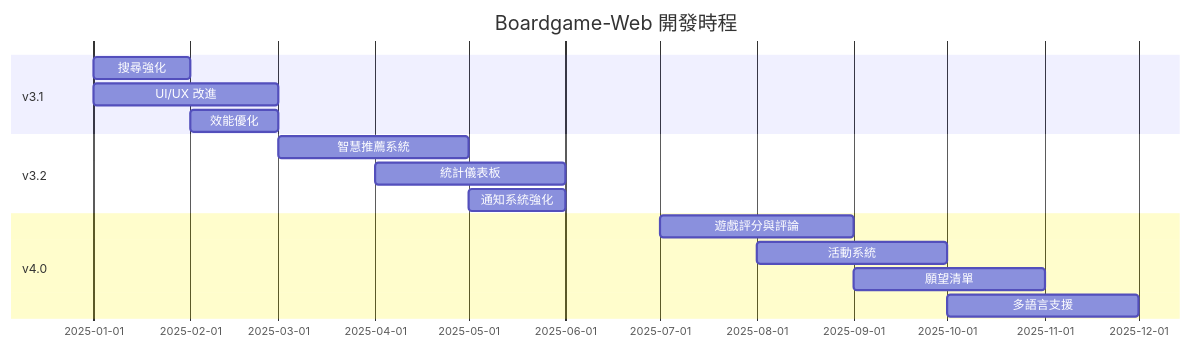
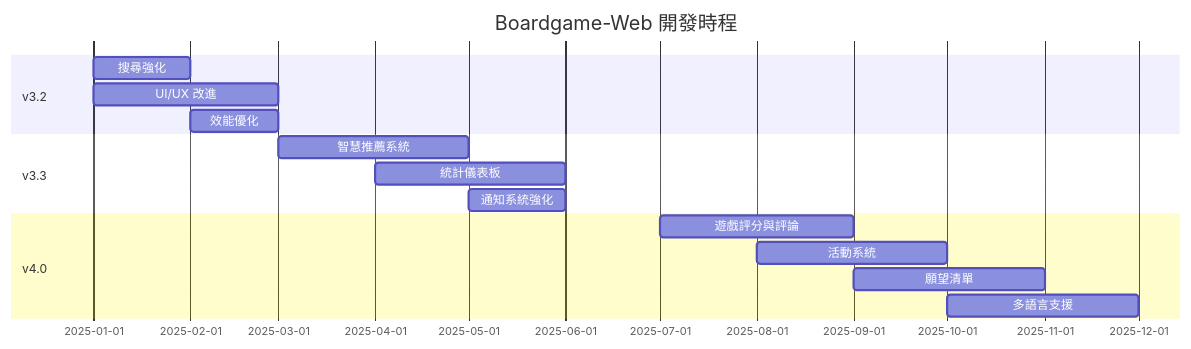
Before and after one commit to danwin47-sys/boardgame-web: the diagram in docs/ROADMAP.md, drawn with Mermaid. The commit also changed other lines of this file and 10 other files, not shown here.

````diff
--- a/docs/ROADMAP.md
+++ b/docs/ROADMAP.md
@@ -121,18 +127,18 @@
 ```mermaid
 gantt
     title Boardgame-Web 開發時程
     dateFormat  YYYY-MM
-    section v3.1
+    section v3.2
     搜尋強化           :2025-01, 2025-02
     UI/UX 改進         :2025-01, 2025-03
     效能優化           :2025-02, 2025-03
-    section v3.2
+    section v3.3
     智慧推薦系統       :2025-03, 2025-05
     統計儀表板         :2025-04, 2025-06
     通知系統強化       :2025-05, 2025-06
     section v4.0
     遊戲評分與評論     :2025-07, 2025-09
     活動系統           :2025-08, 2025-10
     願望清單           :2025-09, 2025-11
     多語言支援         :2025-10, 2025-12
 ```
````
